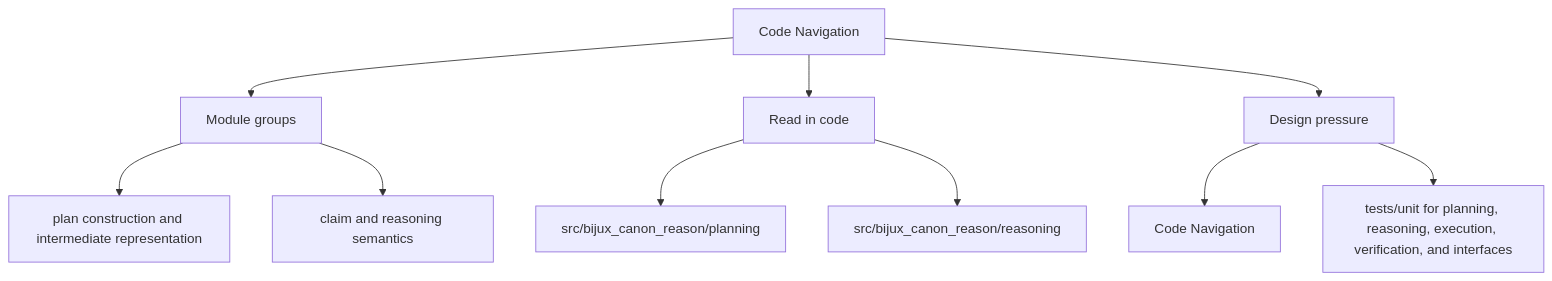
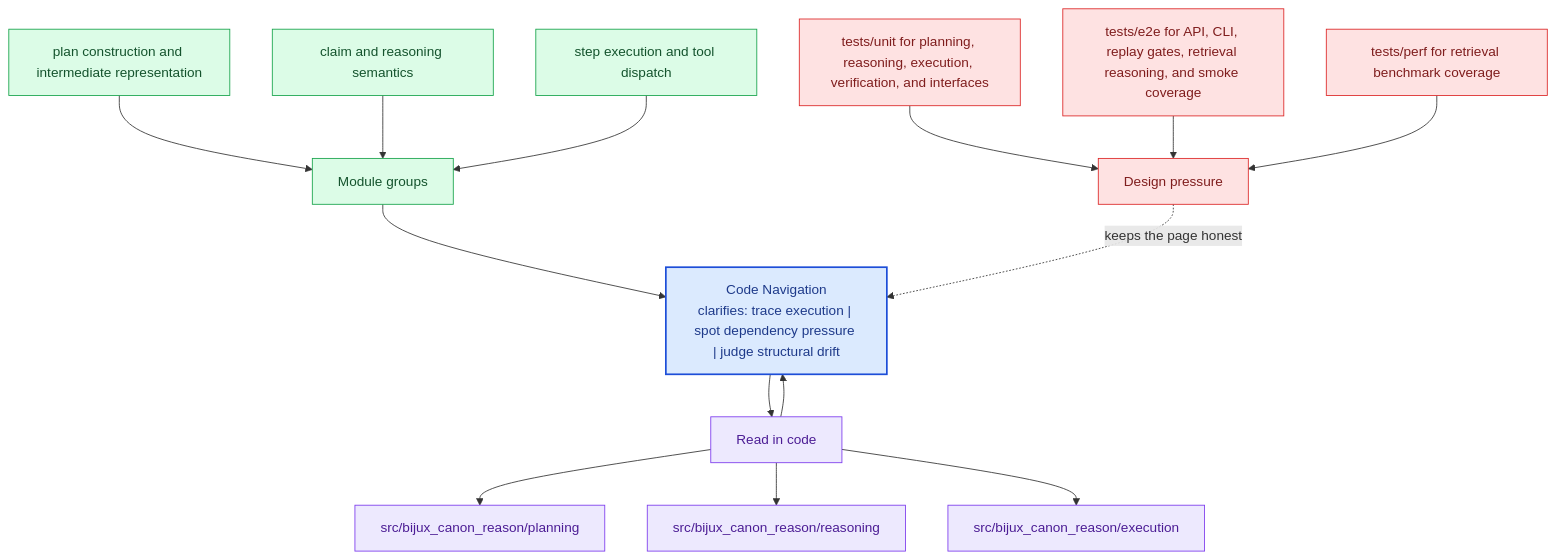
One commit to bijux/bijux-canon changed the second of 2 diagrams in docs/bijux-canon-reason/architecture/code-navigation.md. Above: the diagram before and after it, drawn with Mermaid. The commit also changed other lines of this file and 281 other files, not shown here.

Commit message:
docs(diagrams): deepen handbook mermaid maps across the catalog

````diff
--- a/docs/bijux-canon-reason/architecture/code-navigation.md
+++ b/docs/bijux-canon-reason/architecture/code-navigation.md
@@ -33,22 +66,40 @@
 ```mermaid
-flowchart TD
-    page["Code Navigation"]
+flowchart TB
+    promise["Code Navigation<br/>clarifies: trace execution | spot dependency pressure | judge structural drift"]
+    classDef promise fill:#dbeafe,stroke:#1d4ed8,color:#1e3a8a,stroke-width:2px;
+    classDef driver fill:#dcfce7,stroke:#16a34a,color:#14532d;
+    classDef constraint fill:#fee2e2,stroke:#dc2626,color:#7f1d1d;
+    classDef ground fill:#ede9fe,stroke:#7c3aed,color:#4c1d95;
     focus1["Module groups"]
-    page --> focus1
+    focus1 --> promise
     focus1_1["plan construction and intermediate representation"]
-    focus1 --> focus1_1
+    focus1_1 --> focus1
     focus1_2["claim and reasoning semantics"]
-    focus1 --> focus1_2
+    focus1_2 --> focus1
+    focus1_3["step execution and tool dispatch"]
+    focus1_3 --> focus1
+    class focus1 driver;
+    class focus1_1,focus1_2,focus1_3 driver;
     focus2["Read in code"]
-    page --> focus2
+    focus2 --> promise
+    promise --> focus2
     focus2_1["src/bijux_canon_reason/planning"]
     focus2 --> focus2_1
     focus2_2["src/bijux_canon_reason/reasoning"]
     focus2 --> focus2_2
+    focus2_3["src/bijux_canon_reason/execution"]
+    focus2 --> focus2_3
+    class focus2 ground;
+    class focus2_1,focus2_2,focus2_3 ground;
     focus3["Design pressure"]
-    page --> focus3
-    focus3_1["Code Navigation"]
-    focus3 --> focus3_1
-    focus3_2["tests/unit for planning, reasoning, execution, verification, and interfaces"]
-    focus3 --> focus3_2
+    focus3 -.keeps the page honest.-> promise
+    focus3_1["tests/unit for planning, reasoning, execution, verification, and interfaces"]
+    focus3_1 --> focus3
+    focus3_2["tests/e2e for API, CLI, replay gates, retrieval reasoning, and smoke coverage"]
+    focus3_2 --> focus3
+    focus3_3["tests/perf for retrieval benchmark coverage"]
+    focus3_3 --> focus3
+    class focus3 constraint;
+    class focus3_1,focus3_2,focus3_3 constraint;
+    class promise promise;
 ```
````
